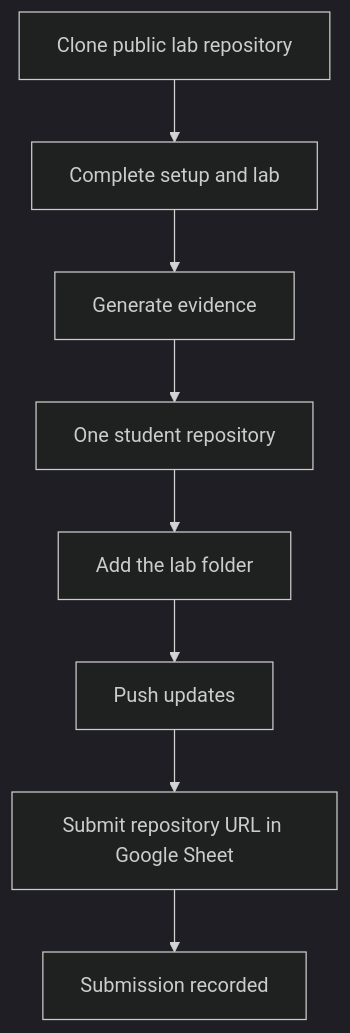
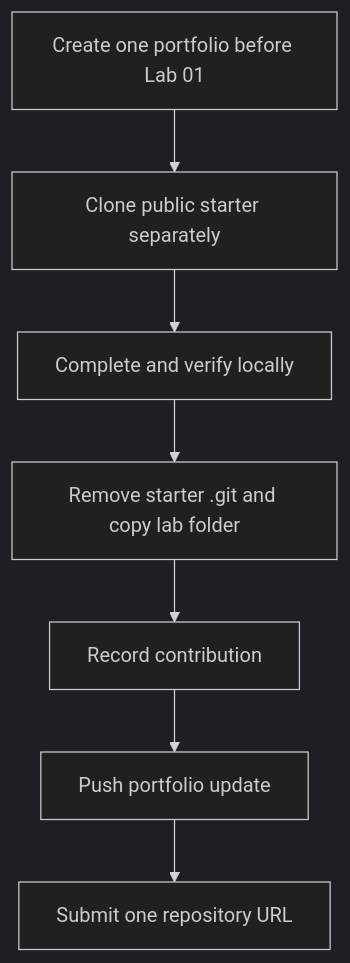
One commit to nhan-four/FIT4110_Student_Kit changed the second of 3 diagrams in README.md. Above: the diagram before and after it, drawn with Mermaid (dark theme). The commit also changed other lines of this file and 20 other files, not shown here.

Commit message:
docs: finalize student portfolio workflow

````diff
--- a/README.md
+++ b/README.md
@@ -38,10 +36,9 @@
 ```mermaid
 flowchart TD
-  A[Clone public lab repository] --> B[Complete setup and lab]
-  B --> C[Generate evidence]
-  C --> D[One student repository]
-  D --> E[Add the lab folder]
-  E --> F[Push updates]
-  F --> G[Submit repository URL in Google Sheet]
-  G --> H[Submission recorded]
+  A[Create one portfolio before Lab 01] --> B[Clone public starter separately]
+  B --> C[Complete and verify locally]
+  C --> D[Remove starter .git and copy lab folder]
+  D --> E[Record contribution]
+  E --> F[Push portfolio update]
+  F --> G[Submit one repository URL]
 ```
````
